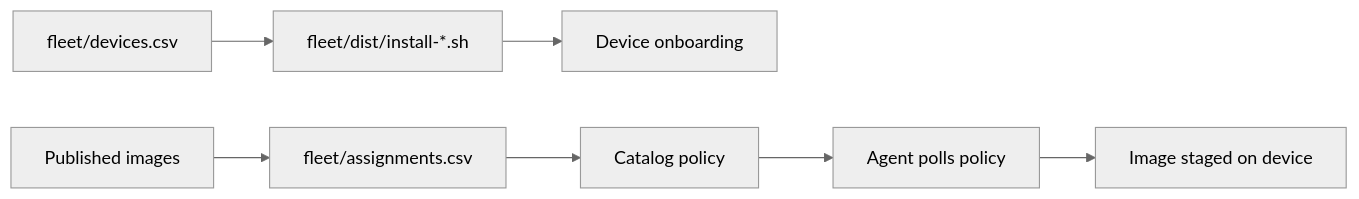
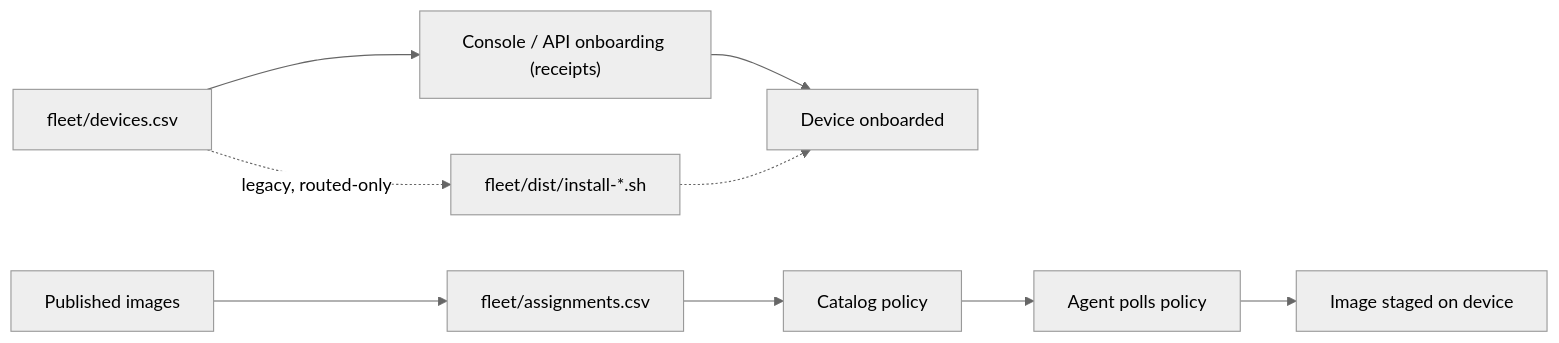
Before and after one commit to cisco-open/intelligent-release-image-staging: the diagram in docs/zensical/fleet-workflows.md, drawn with Mermaid (neutral theme). The commit also changed other lines of this file and 18 other files, not shown here.

````diff
--- a/docs/zensical/fleet-workflows.md
+++ b/docs/zensical/fleet-workflows.md
@@ -120,9 +120,11 @@
 ```mermaid
 flowchart LR
-    Inventory["fleet/devices.csv"] --> Installers["fleet/dist/install-*.sh"]
-    Installers --> Device["Device onboarding"]
+    Inventory["fleet/devices.csv"] --> Console["Console / API onboarding (receipts)"]
+    Console --> Device["Device onboarded"]
+    Inventory -. legacy, routed-only .-> Installers["fleet/dist/install-*.sh"]
+    Installers -.-> Device
     Images["Published images"] --> Assignments["fleet/assignments.csv"]
     Assignments --> Policy["Catalog policy"]
     Policy --> Agent["Agent polls policy"]
     Agent --> Stage["Image staged on device"]
 ```
````
